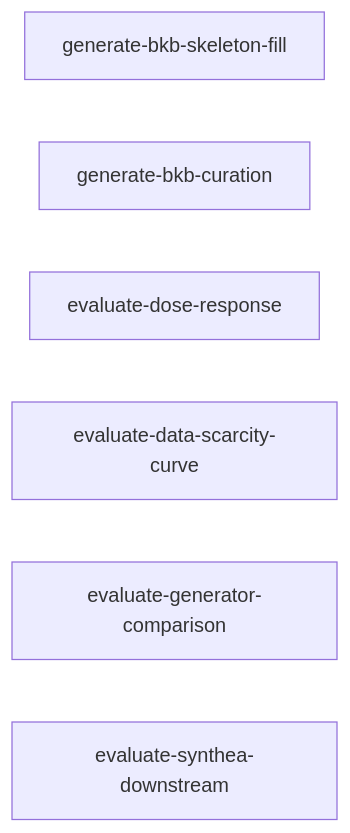
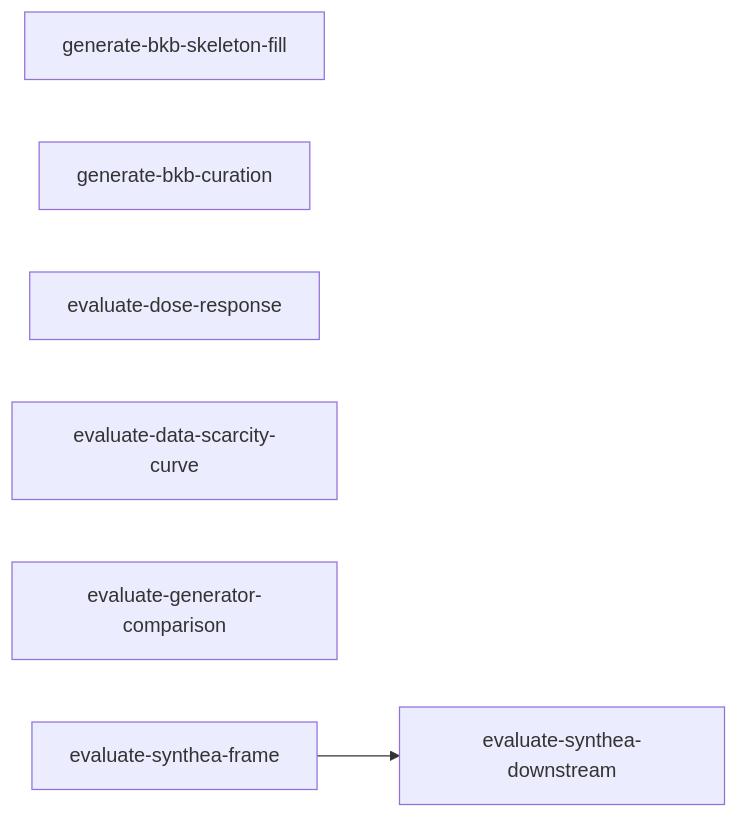
One commit to joe-dartmouth/synthetic changed the diagram in tasks/experiments-index.md. Above: the diagram before and after it, drawn with Mermaid. The commit also changed other lines of this file and 66 other files, not shown here.

````diff
--- a/tasks/experiments-index.md
+++ b/tasks/experiments-index.md
@@ -30,9 +31,9 @@
 ```mermaid
 flowchart LR
     skeleton_fill[generate-bkb-skeleton-fill]
     bkb_curation[generate-bkb-curation]
     dose_response[evaluate-dose-response]
     scarcity_curve[evaluate-data-scarcity-curve]
     generator_comparison[evaluate-generator-comparison]
-    synthea_downstream[evaluate-synthea-downstream]
+    synthea_frame[evaluate-synthea-frame] --> synthea_downstream[evaluate-synthea-downstream]
 ```
````
